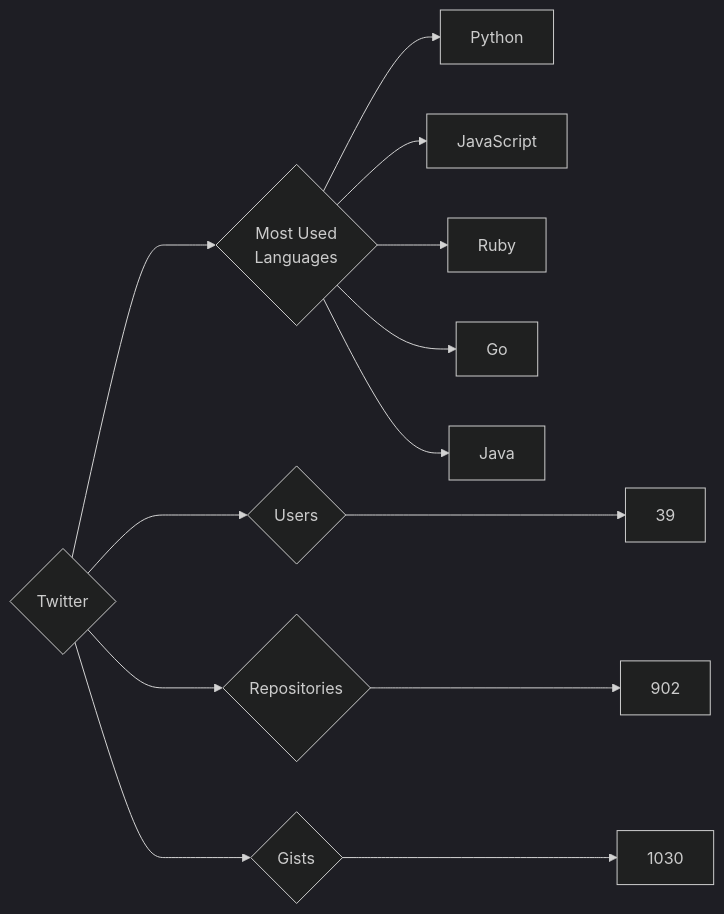
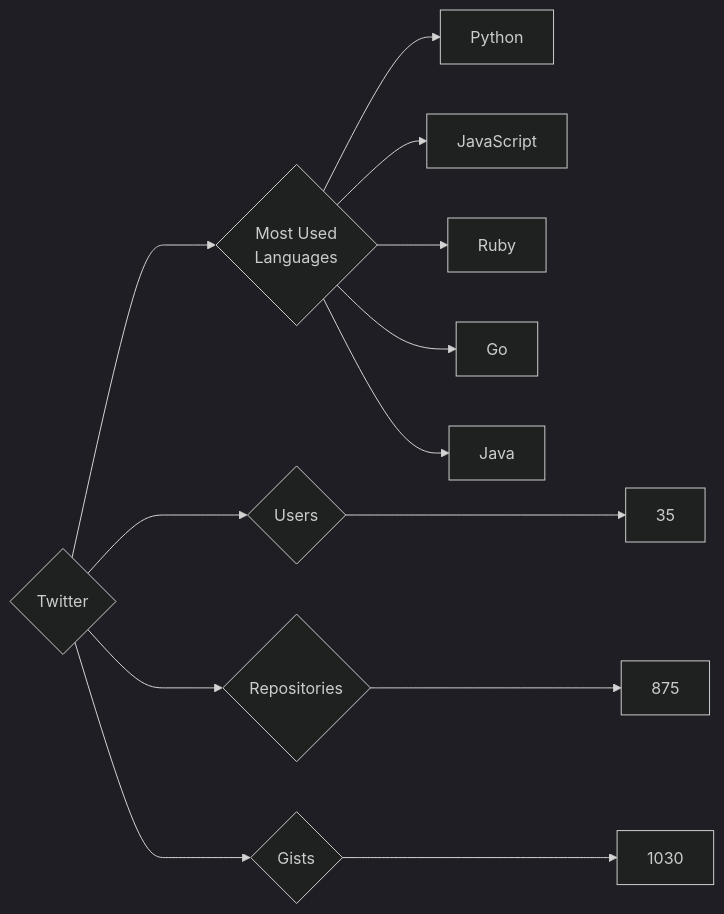
The diagram in targets/Twitter/README.md (trickest/insiders), drawn with Mermaid (dark theme) before and after one commit. The commit also changed 806 other files, not shown here.

````diff
--- a/targets/Twitter/README.md
+++ b/targets/Twitter/README.md
@@ -3,13 +3,13 @@
 ```mermaid
 graph LR
 COMPANY_NAME{Twitter}
-COMPANY_NAME ---> U{Users} ---> UN[39]
-COMPANY_NAME ---> R{Repositories} ---> RN[902]
+COMPANY_NAME ---> U{Users} ---> UN[35]
+COMPANY_NAME ---> R{Repositories} ---> RN[875]
 COMPANY_NAME ---> G{Gists} ---> GN[1030]
 COMPANY_NAME ---> ML{Most Used<br>Languages}
 ML --> Python[Python]
 ML --> JavaScript[JavaScript]
 ML --> Ruby[Ruby]
 ML --> Go[Go]
 ML --> Java[Java]
 ```
````
